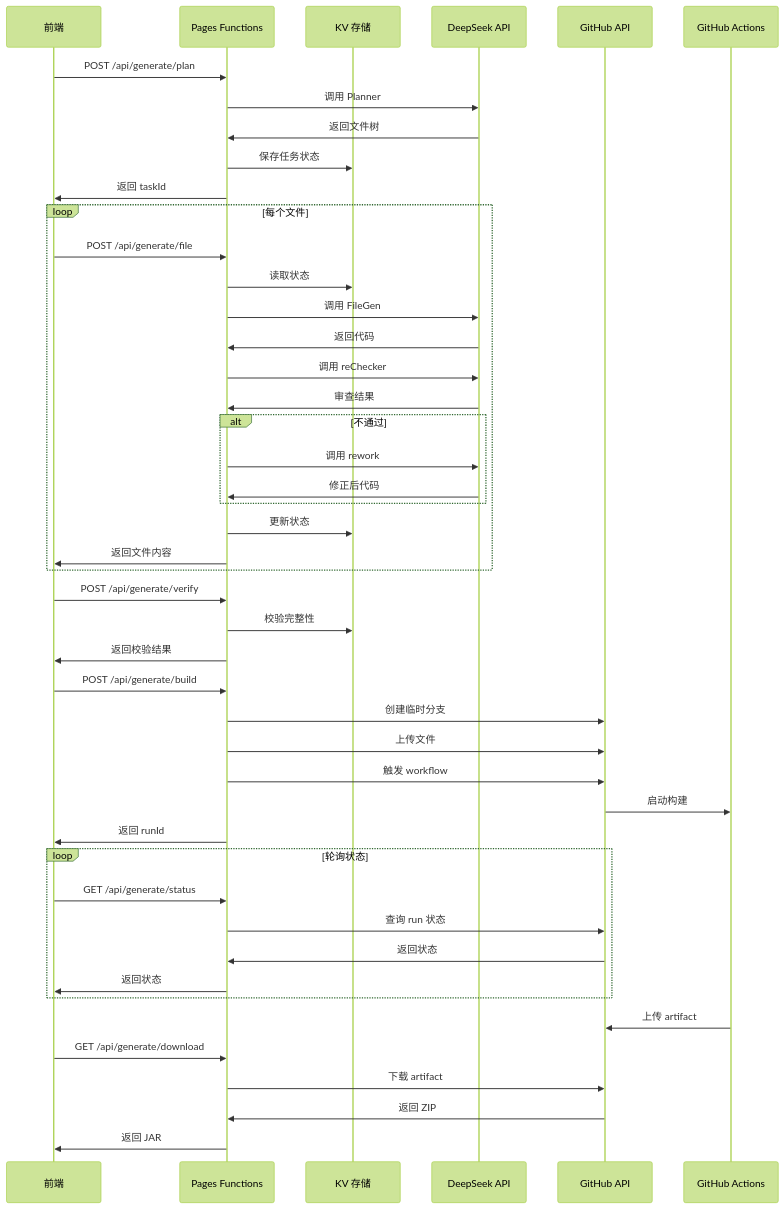
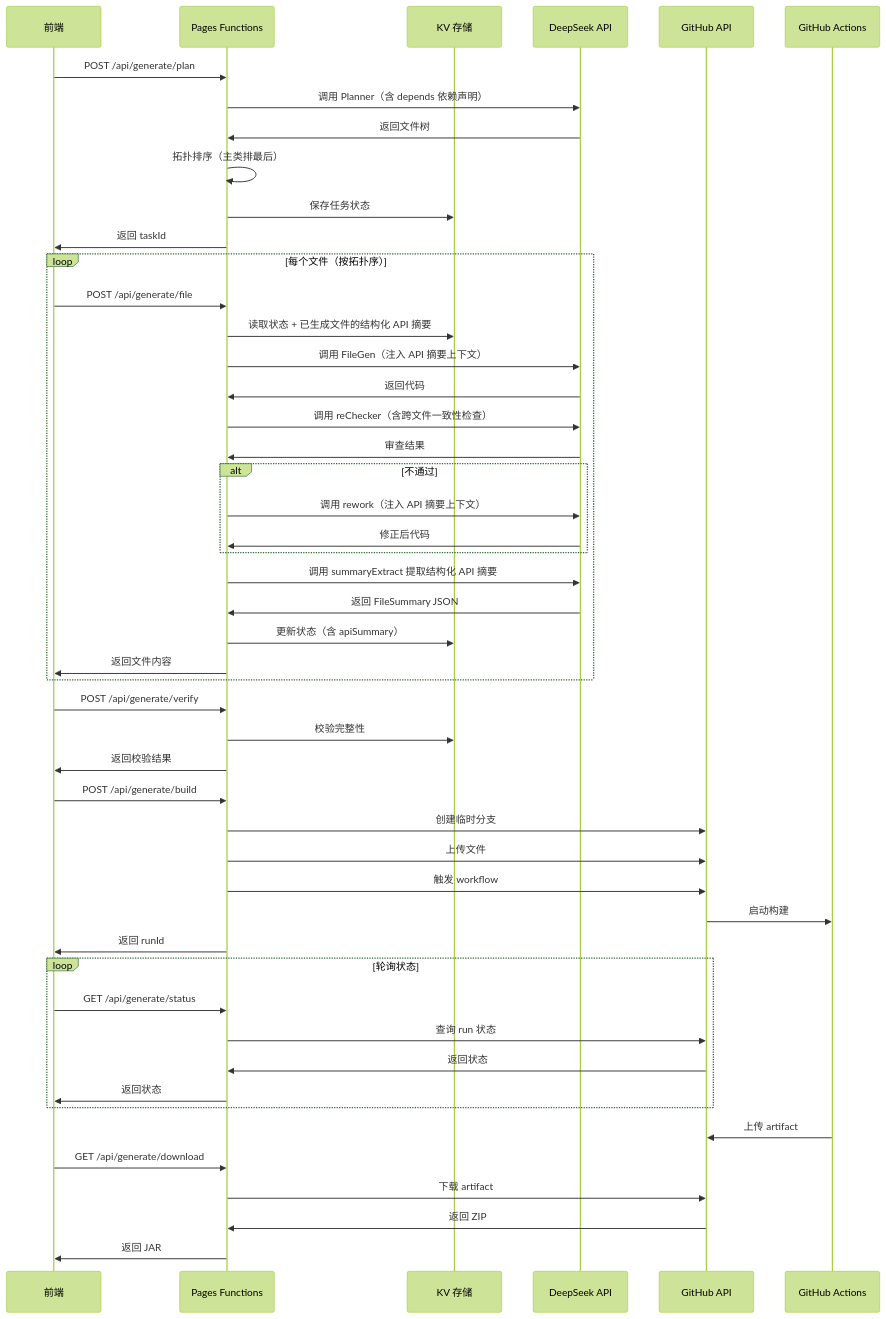
Before and after one commit to superwfox/minecraft-dev: the third of 3 diagrams in docs/technical/architecture.md, drawn with Mermaid (forest theme). The commit also changed other lines of this file and 13 other files, not shown here.

````diff
--- a/docs/technical/architecture.md
+++ b/docs/technical/architecture.md
@@ -165,54 +165,57 @@
 ```mermaid
 sequenceDiagram
     participant F as 前端
     participant API as Pages Functions
     participant KV as KV 存储
     participant AI as DeepSeek API
     participant GH as GitHub API
     participant GA as GitHub Actions
 
     F->>API: POST /api/generate/plan
-    API->>AI: 调用 Planner
+    API->>AI: 调用 Planner（含 depends 依赖声明）
     AI->>API: 返回文件树
+    API->>API: 拓扑排序（主类排最后）
     API->>KV: 保存任务状态
     API->>F: 返回 taskId
 
-    loop 每个文件
+    loop 每个文件（按拓扑序）
         F->>API: POST /api/generate/file
-        API->>KV: 读取状态
-        API->>AI: 调用 FileGen
+        API->>KV: 读取状态 + 已生成文件的结构化 API 摘要
+        API->>AI: 调用 FileGen（注入 API 摘要上下文）
         AI->>API: 返回代码
-        API->>AI: 调用 reChecker
+        API->>AI: 调用 reChecker（含跨文件一致性检查）
         AI->>API: 审查结果
         alt 不通过
-            API->>AI: 调用 rework
+            API->>AI: 调用 rework（注入 API 摘要上下文）
             AI->>API: 修正后代码
         end
-        API->>KV: 更新状态
+        API->>AI: 调用 summaryExtract 提取结构化 API 摘要
+        AI->>API: 返回 FileSummary JSON
+        API->>KV: 更新状态（含 apiSummary）
         API->>F: 返回文件内容
     end
 
     F->>API: POST /api/generate/verify
     API->>KV: 校验完整性
     API->>F: 返回校验结果
 
     F->>API: POST /api/generate/build
     API->>GH: 创建临时分支
     API->>GH: 上传文件
     API->>GH: 触发 workflow
     GH->>GA: 启动构建
     API->>F: 返回 runId
 
     loop 轮询状态
         F->>API: GET /api/generate/status
         API->>GH: 查询 run 状态
         GH->>API: 返回状态
         API->>F: 返回状态
     end
 
     GA->>GH: 上传 artifact
     F->>API: GET /api/generate/download
     API->>GH: 下载 artifact
     GH->>API: 返回 ZIP
     API->>F: 返回 JAR
 ```
````
